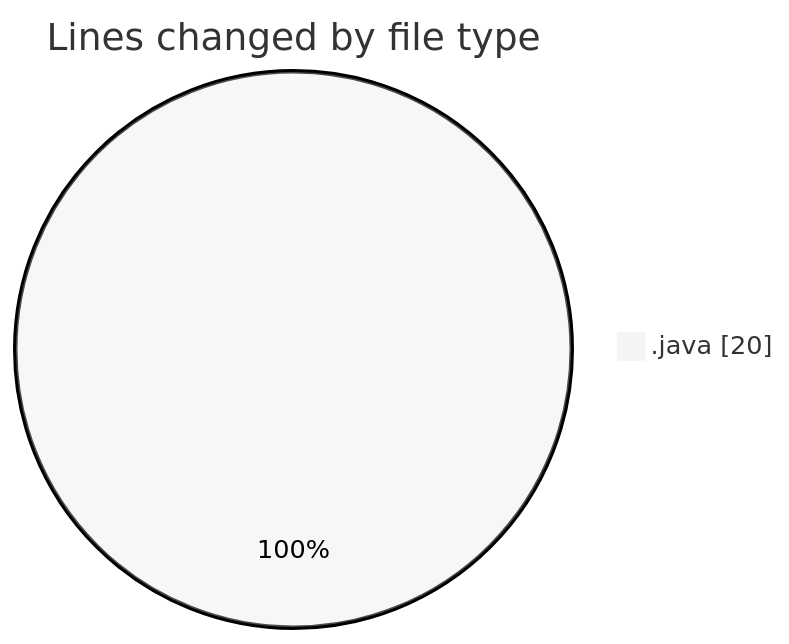
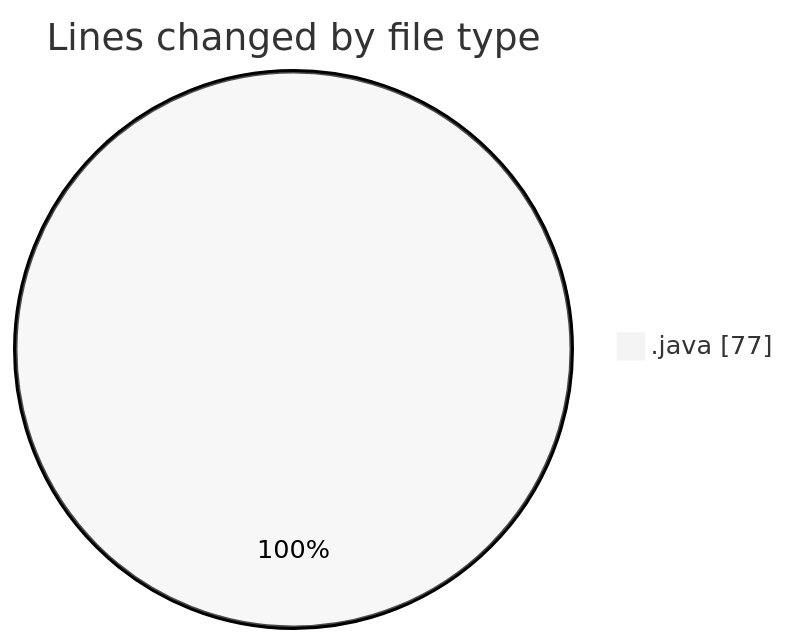
One commit to NitaiMahat/code-tracking changed the first of 2 diagrams in 2025-03-23/startfiles/README.md. Above: the diagram before and after it, drawn with Mermaid (neutral theme). The commit also changed other lines of this file and 1 other file, not shown here.

````diff
--- a/2025-03-23/startfiles/README.md
+++ b/2025-03-23/startfiles/README.md
@@ -20,5 +21,5 @@
 ```mermaid
 pie showData
 title Lines changed by file type
-".java" : 20
+".java" : 77
 ```
````
